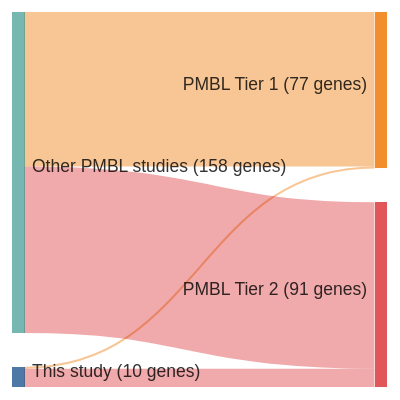
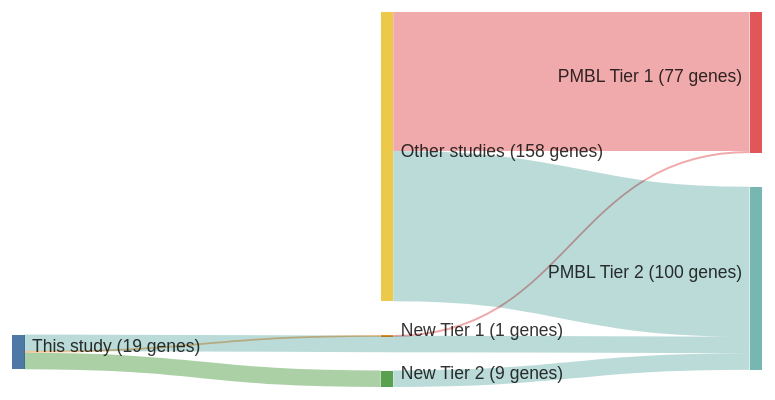
One commit to morinlab/lymphopedia changed the diagram in papers/deschGenotypingCirculatingTumor2020.md. Above: the diagram before and after it, drawn with Mermaid. The commit also changed 82 other files, not shown here.

````diff
--- a/papers/deschGenotypingCirculatingTumor2020.md
+++ b/papers/deschGenotypingCirculatingTumor2020.md
@@ -12,18 +12,21 @@
 ```mermaid
 ---
 config:
     sankey:
         showValues: true
         linkColor: target
-        width: 300
+        width: 600
         height: 300
         nodeAlignment: right
         prefix: '('
         suffix: ' genes)'
 ---
 sankey-beta
-This study, PMBL Tier 1, 1
+This study, New Tier 1, 1
+New Tier 1, PMBL Tier 1, 1
 This study, PMBL Tier 2, 9
-Other PMBL studies, PMBL Tier 1, 76
-Other PMBL studies, PMBL Tier 2, 82
+This study, New Tier 2, 9
+New Tier 2, PMBL Tier 2, 9
+Other studies, PMBL Tier 1, 76
+Other studies, PMBL Tier 2, 82
 ```
````
